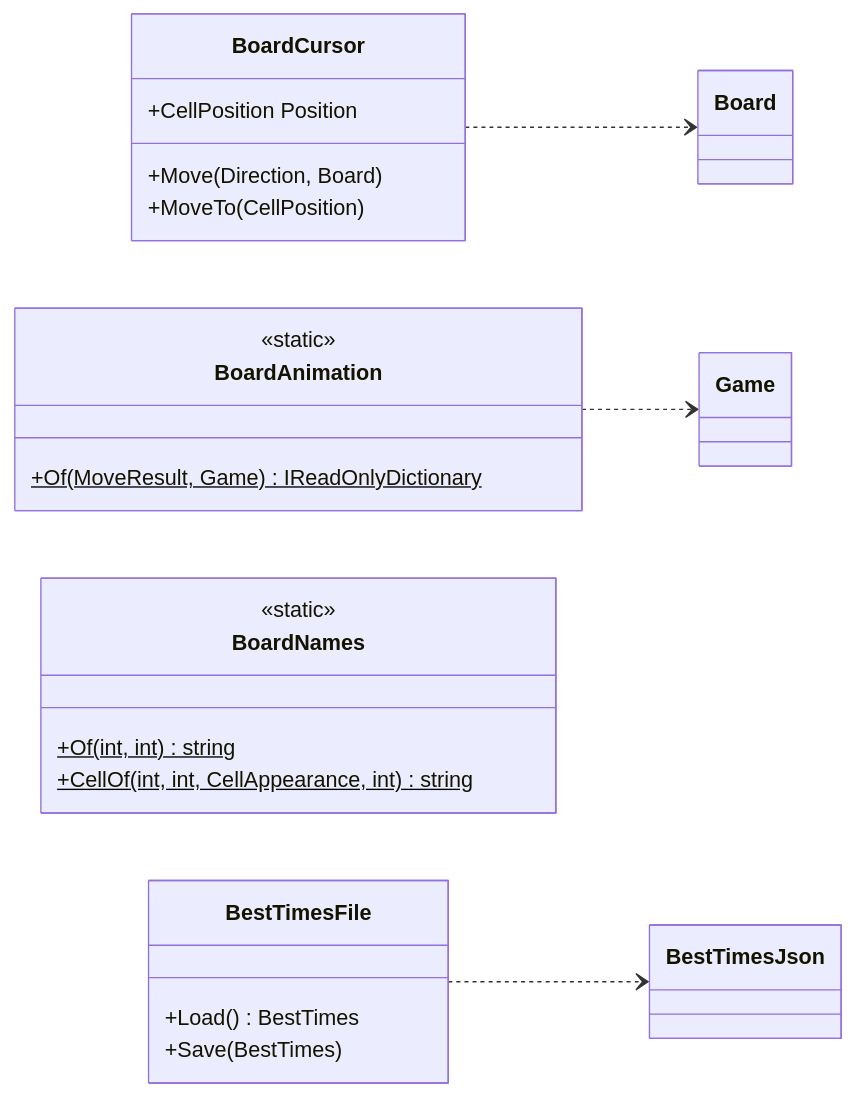
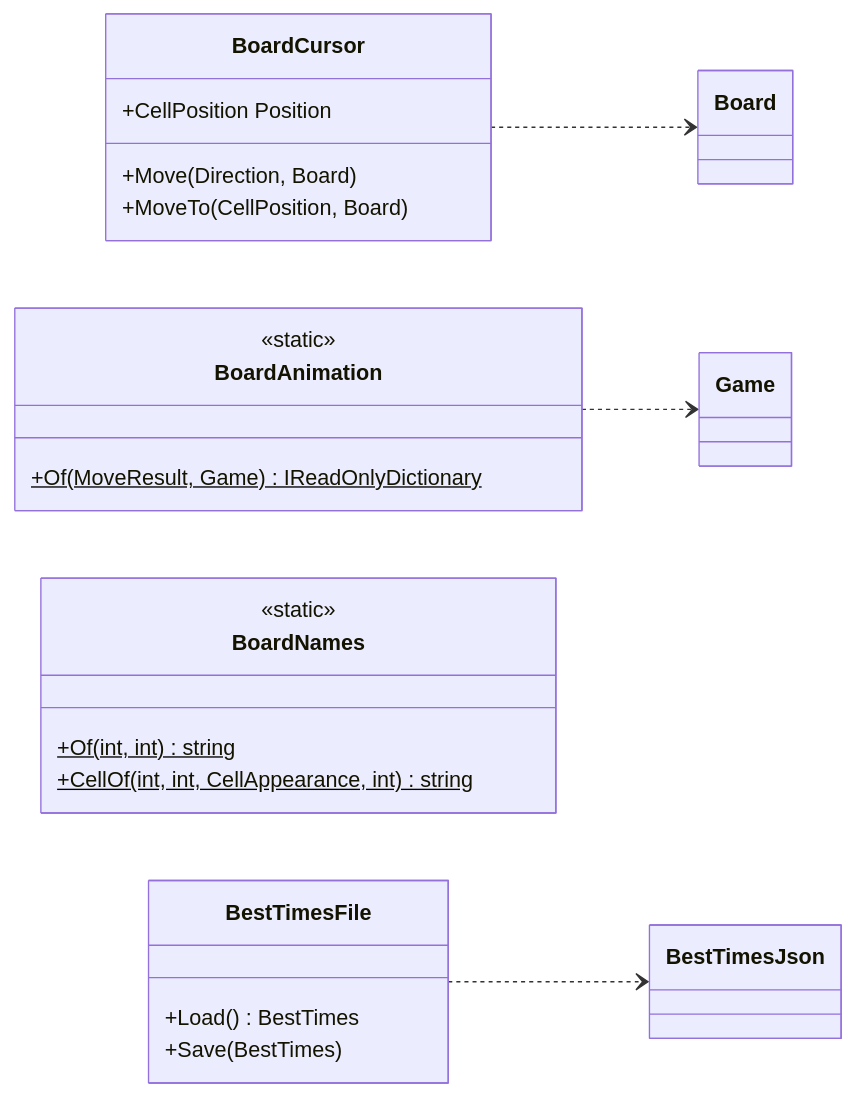
The first of 3 diagrams in docs/desktop-console/05-class-design.md (Fujiwo/Shos.Minesweeper), drawn with Mermaid before and after one commit. The commit also changed other lines of this file and 5 other files, not shown here.

````diff
--- a/docs/desktop-console/05-class-design.md
+++ b/docs/desktop-console/05-class-design.md
@@ -86,25 +87,25 @@
 ```mermaid
 classDiagram
     direction LR
     class BoardCursor {
         +CellPosition Position
         +Move(Direction, Board)
-        +MoveTo(CellPosition)
+        +MoveTo(CellPosition, Board)
     }
     class BoardAnimation {
         <<static>>
         +Of(MoveResult, Game)$ IReadOnlyDictionary
     }
     class BoardNames {
         <<static>>
         +Of(int, int)$ string
         +CellOf(int, int, CellAppearance, int)$ string
     }
     class BestTimesFile {
         +Load() BestTimes
         +Save(BestTimes)
     }
     BoardCursor ..> Board
     BoardAnimation ..> Game
     BestTimesFile ..> BestTimesJson
 ```
````
